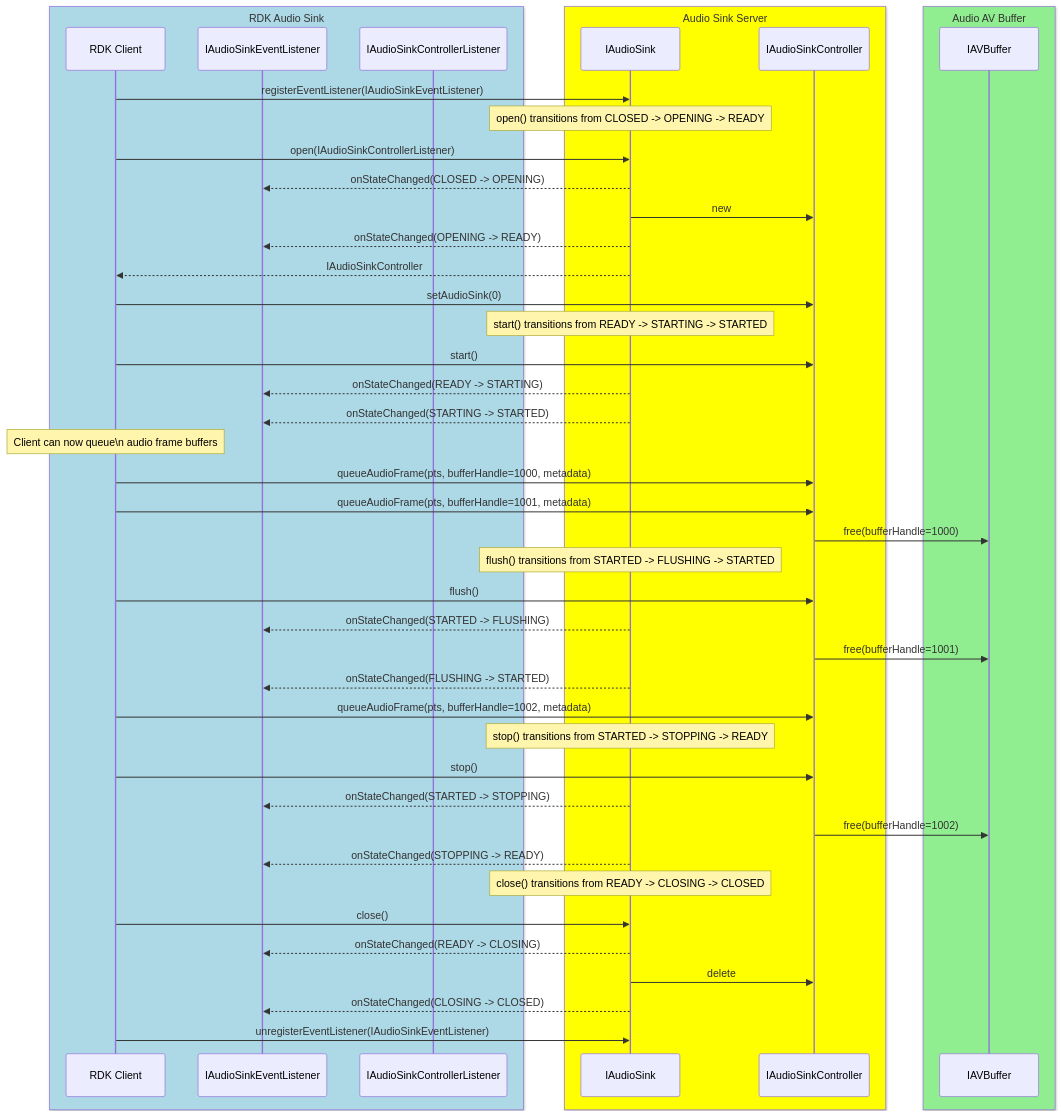
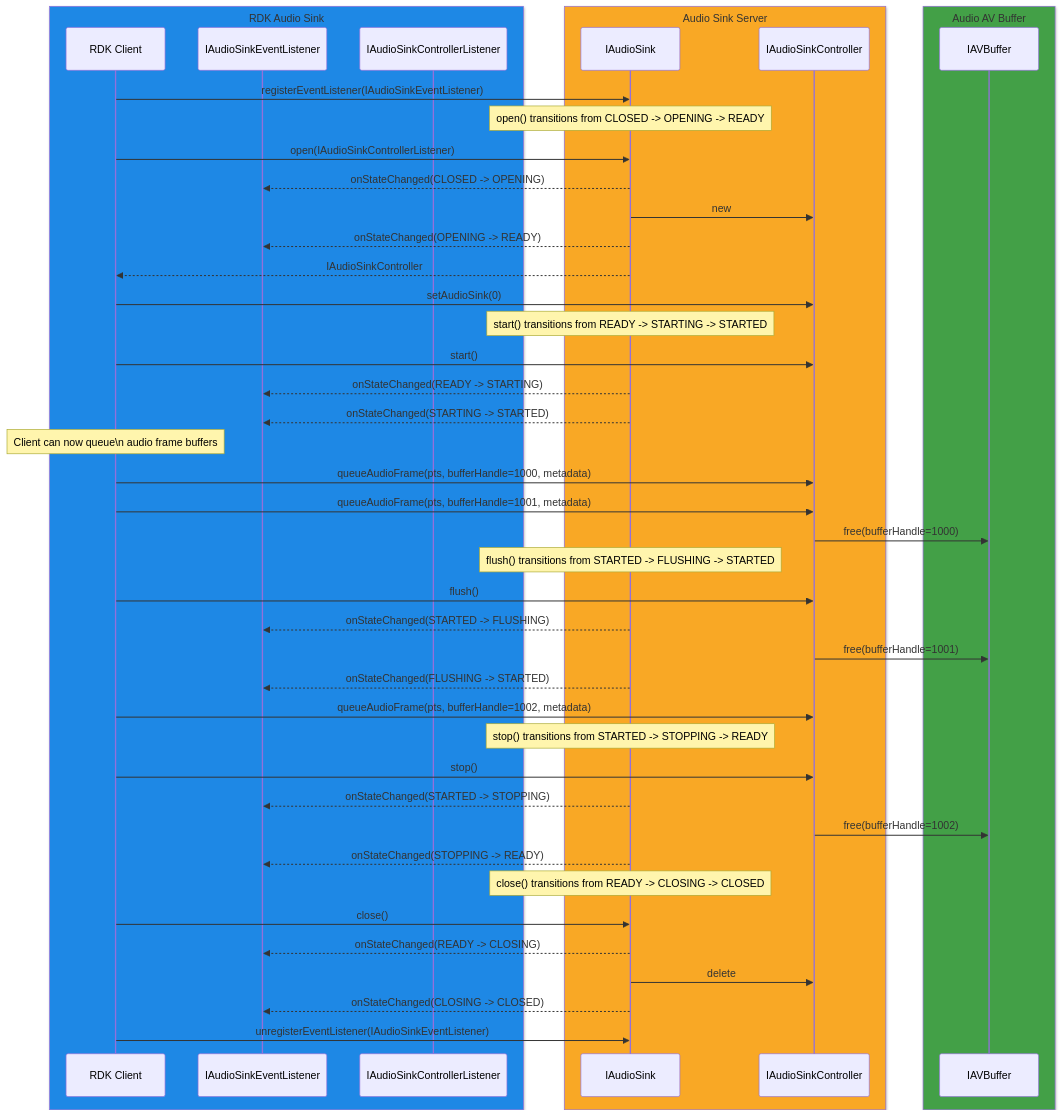
The third of 3 diagrams in docs/halif/audio_sink/current/audio_sink.md (rdkcentral/rdk-halif-aidl), drawn with Mermaid before and after one commit. The commit also changed other lines of this file and 27 other files, not shown here.

````diff
--- a/docs/halif/audio_sink/current/audio_sink.md
+++ b/docs/halif/audio_sink/current/audio_sink.md
@@ -176,63 +243,63 @@
 ```mermaid
 sequenceDiagram
-    box LightBlue RDK Audio Sink
+    box rgb(30,136,229) RDK Audio Sink
         participant Client as RDK Client
         participant IAudioSinkEventListener
         participant IAudioSinkControllerListener
     end
-    box Yellow Audio Sink Server
+    box rgb(249,168,37) Audio Sink Server
         participant ADC as IAudioSink
         participant Controller as IAudioSinkController
     end
-    box LightGreen Audio AV Buffer
+    box rgb(67,160,71) Audio AV Buffer
         participant IAVBuffer as IAVBuffer
     end
 
     Client->>ADC: registerEventListener(IAudioSinkEventListener)
 
     Note over ADC: open() transitions from CLOSED -> OPENING -> READY
 
     Client->>ADC: open(IAudioSinkControllerListener)
     ADC-->>IAudioSinkEventListener: onStateChanged(CLOSED -> OPENING)
     ADC->>Controller: new
     ADC-->>IAudioSinkEventListener: onStateChanged(OPENING -> READY)
     ADC-->>Client: IAudioSinkController
     Client->>Controller: setAudioSink(0)
 
     Note over ADC: start() transitions from READY -> STARTING -> STARTED
 
     Client->>Controller: start()
     ADC-->>IAudioSinkEventListener: onStateChanged(READY -> STARTING)
     ADC-->>IAudioSinkEventListener: onStateChanged(STARTING -> STARTED)
 
     Note over Client: Client can now queue\n audio frame buffers
 
     Client->>Controller: queueAudioFrame(pts, bufferHandle=1000, metadata)
     Client->>Controller: queueAudioFrame(pts, bufferHandle=1001, metadata)
     Controller->>IAVBuffer: free(bufferHandle=1000)
 
     Note over ADC: flush() transitions from STARTED -> FLUSHING -> STARTED
 
     Client->>Controller: flush()
     ADC-->>IAudioSinkEventListener: onStateChanged(STARTED -> FLUSHING)
     Controller->>IAVBuffer: free(bufferHandle=1001)
     ADC-->>IAudioSinkEventListener: onStateChanged(FLUSHING -> STARTED)
 
     Client->>Controller: queueAudioFrame(pts, bufferHandle=1002, metadata)
 
     Note over ADC: stop() transitions from STARTED -> STOPPING -> READY
 
     Client->>Controller: stop()
     ADC-->>IAudioSinkEventListener: onStateChanged(STARTED -> STOPPING)
     Controller->>IAVBuffer: free(bufferHandle=1002)
     ADC-->>IAudioSinkEventListener: onStateChanged(STOPPING -> READY)
 
     Note over ADC: close() transitions from READY -> CLOSING -> CLOSED
 
     Client->>ADC: close()
     ADC-->>IAudioSinkEventListener: onStateChanged(READY -> CLOSING)
     ADC->>Controller: delete
     ADC-->>IAudioSinkEventListener: onStateChanged(CLOSING -> CLOSED)
 
     Client->>ADC: unregisterEventListener(IAudioSinkEventListener)
 ```
````
